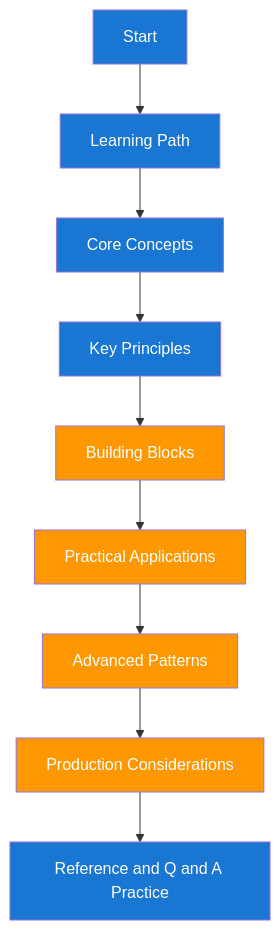
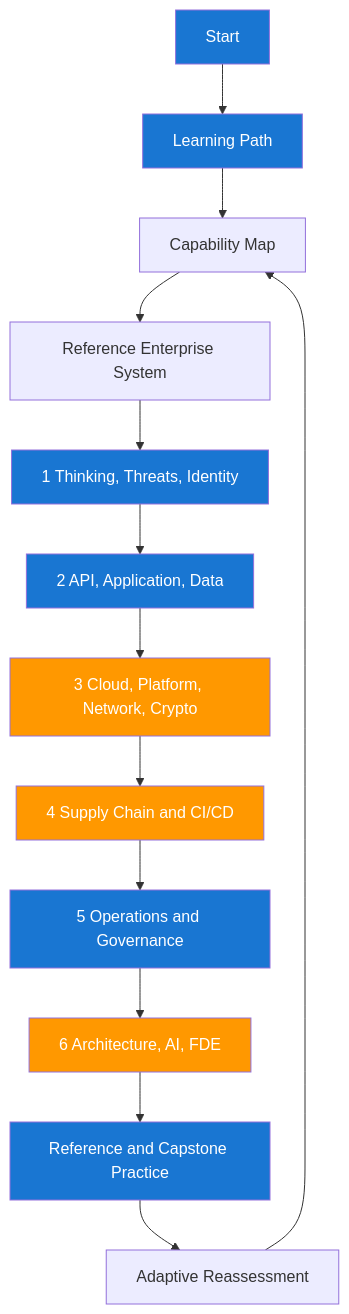
The diagram in docs/GETTING_STARTED.md (nitinkc/Enterprise-security-FDE), drawn with Mermaid before and after one commit. The commit also changed other lines of this file and 18 other files, not shown here.

````diff
--- a/docs/GETTING_STARTED.md
+++ b/docs/GETTING_STARTED.md
@@ -25,21 +27,25 @@
 ```mermaid
 flowchart TB
     S[Start] --> P[Learning Path]
-    P --> F1[Core Concepts]
-    F1 --> F2[Key Principles]
-    F2 --> I1[Building Blocks]
-    I1 --> I2[Practical Applications]
-    I2 --> A1[Advanced Patterns]
-    A1 --> A2[Production Considerations]
-    A2 --> R[Reference and Q and A Practice]
+    P --> CM[Capability Map]
+    CM --> RS[Reference Enterprise System]
+    RS --> S1[1 Thinking, Threats, Identity]
+    S1 --> S2[2 API, Application, Data]
+    S2 --> S3[3 Cloud, Platform, Network, Crypto]
+    S3 --> S4[4 Supply Chain and CI/CD]
+    S4 --> S5[5 Operations and Governance]
+    S5 --> S6[6 Architecture, AI, FDE]
+    S6 --> R[Reference and Capstone Practice]
+    R --> AD[Adaptive Reassessment]
+    AD --> CM
 
     style S fill:#1976d2,color:#fff
     style P fill:#1976d2,color:#fff
-    style F1 fill:#1976d2,color:#fff
-    style F2 fill:#1976d2,color:#fff
-    style I1 fill:#ff9800,color:#fff
-    style I2 fill:#ff9800,color:#fff
-    style A1 fill:#ff9800,color:#fff
-    style A2 fill:#ff9800,color:#fff
+    style S1 fill:#1976d2,color:#fff
+    style S2 fill:#1976d2,color:#fff
+    style S3 fill:#ff9800,color:#fff
+    style S4 fill:#ff9800,color:#fff
+    style S5 fill:#1976d2,color:#fff
+    style S6 fill:#ff9800,color:#fff
     style R fill:#1976d2,color:#fff
 ```
````
